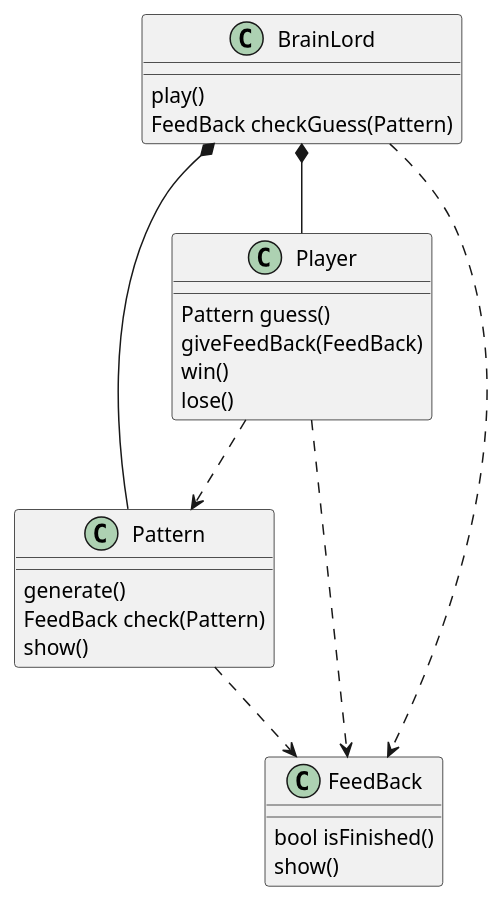
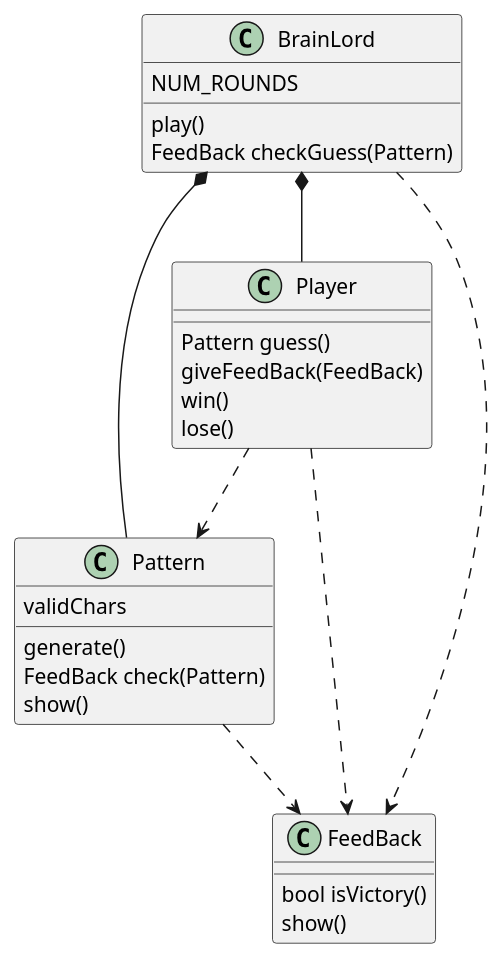
Before and after one commit to hombrenieve/brainlord: the diagram in brainlord/analysis/brainlord.puml, drawn with PlantUML. The commit also changed 3 other files, not shown here.

```diff
--- a/brainlord/analysis/brainlord.puml
+++ b/brainlord/analysis/brainlord.puml
@@ -1,37 +1,39 @@
 @startuml
 
 class BrainLord { 
+	NUM_ROUNDS
 	play()
 	FeedBack checkGuess(Pattern) 
 } 
 
 class Player {
 	Pattern guess() 
 	giveFeedBack(FeedBack) 
 	win() 
 	lose() 
 } 
 
 class Pattern { 
+	validChars
 	generate() 
 	FeedBack check(Pattern) 
 	show() 
 } 
 
 class FeedBack { 
-	bool isFinished() 
+	bool isVictory() 
 	show() 
 } 
 
- 
+
 
 BrainLord *-- Player 
 BrainLord *-- Pattern 
 BrainLord ..> FeedBack 
 
 Player ..> Pattern 
 Player ..> FeedBack 
 
 Pattern ..> FeedBack
 
 @enduml
```
